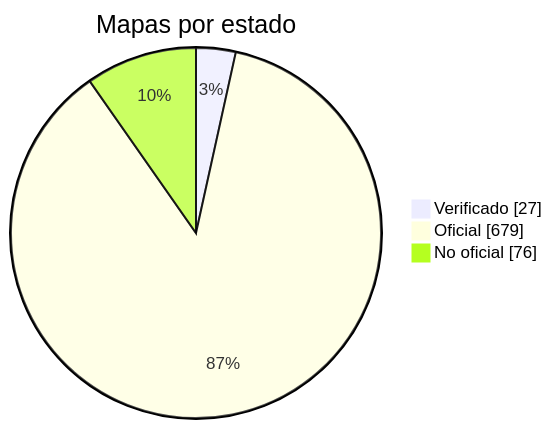
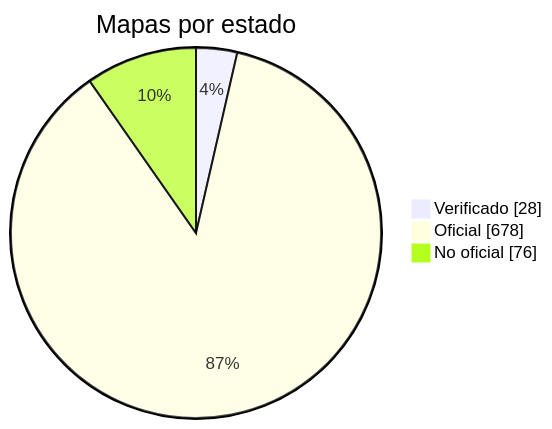
Before and after one commit to nobrega8/mbmap-library: the diagram in docs/readme/README_ES.md, drawn with Mermaid. The commit also changed 7 other files, not shown here.

````diff
--- a/docs/readme/README_ES.md
+++ b/docs/readme/README_ES.md
@@ -54,7 +54,7 @@
 ```mermaid
 pie showData
     title Mapas por estado
-    "Verificado" : 27
-    "Oficial" : 679
+    "Verificado" : 28
+    "Oficial" : 678
     "No oficial" : 76
 ```
````
